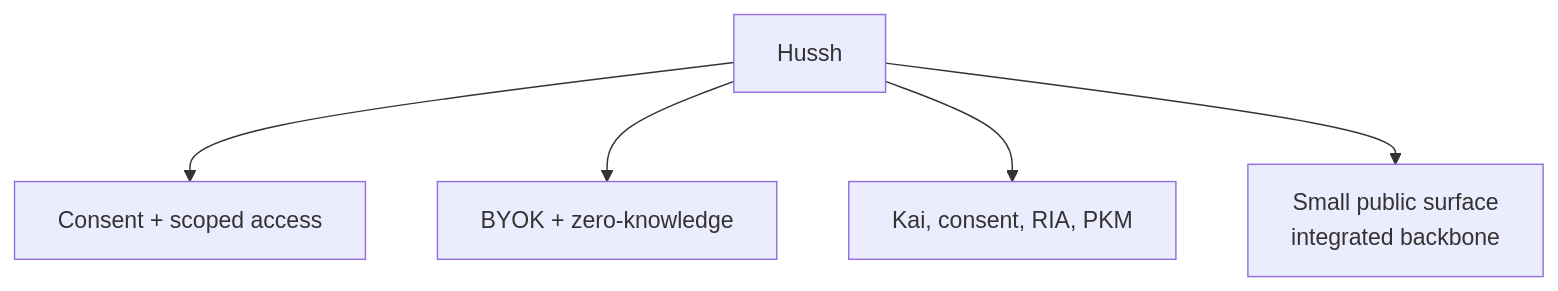
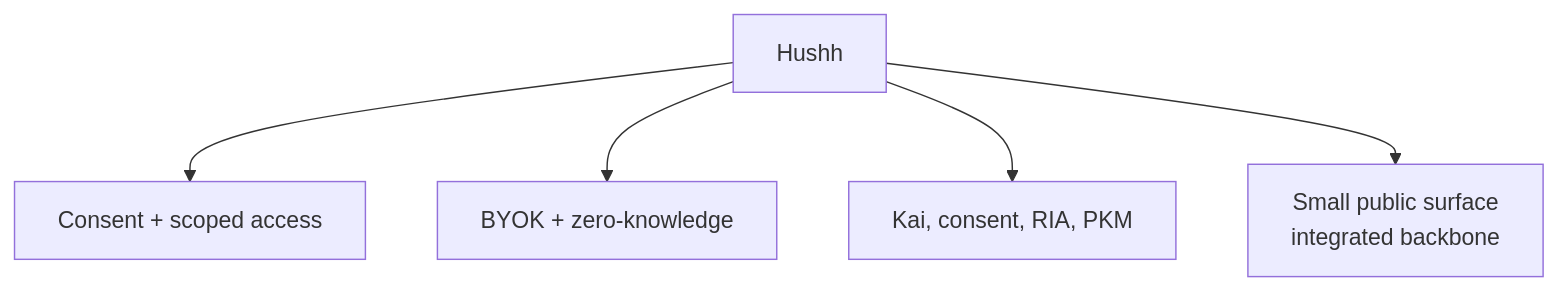
The diagram in docs/vision/README.md (hushh-labs/hushh-research), drawn with Mermaid before and after one commit. The commit also changed other lines of this file and 148 other files, not shown here.

````diff
--- a/docs/vision/README.md
+++ b/docs/vision/README.md
@@ -7,13 +7,13 @@
 ```mermaid
 flowchart TD
-  root["Hussh"]
+  root["Hushh"]
   trust["Consent + scoped access"]
   vault["BYOK + zero-knowledge"]
   product["Kai, consent, RIA, PKM"]
   repo["Small public surface<br/>integrated backbone"]
 
   root --> trust
   root --> vault
   root --> product
   root --> repo
 ```
````
